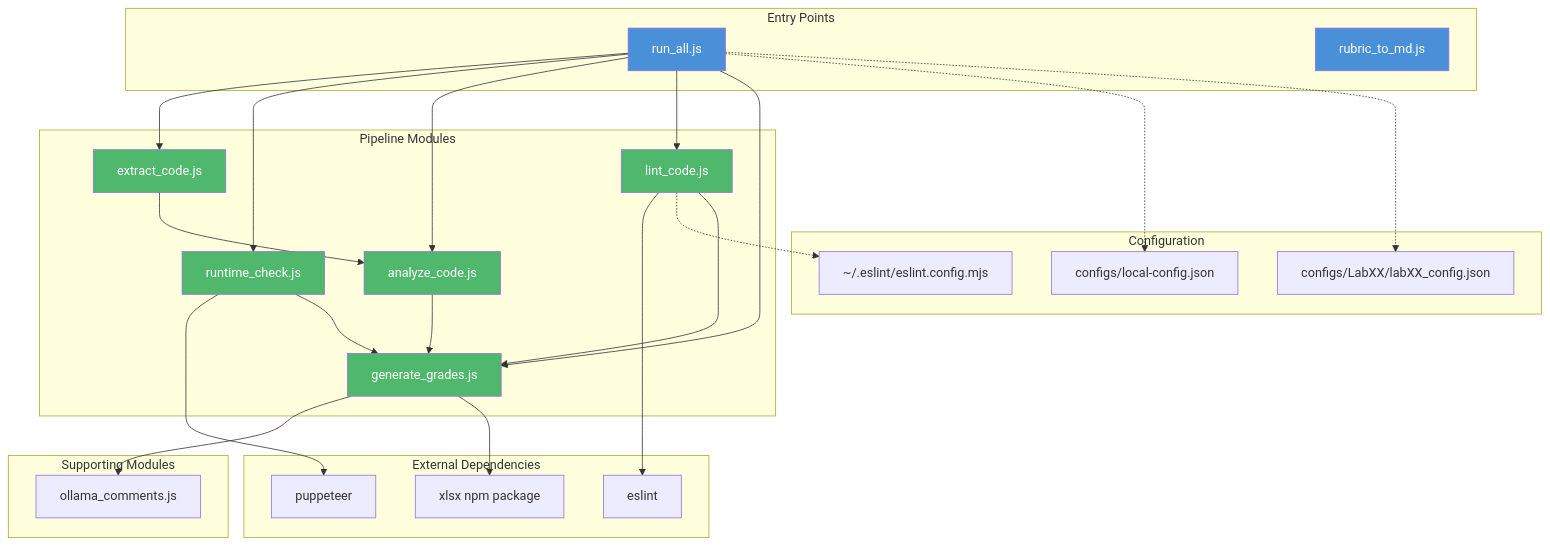
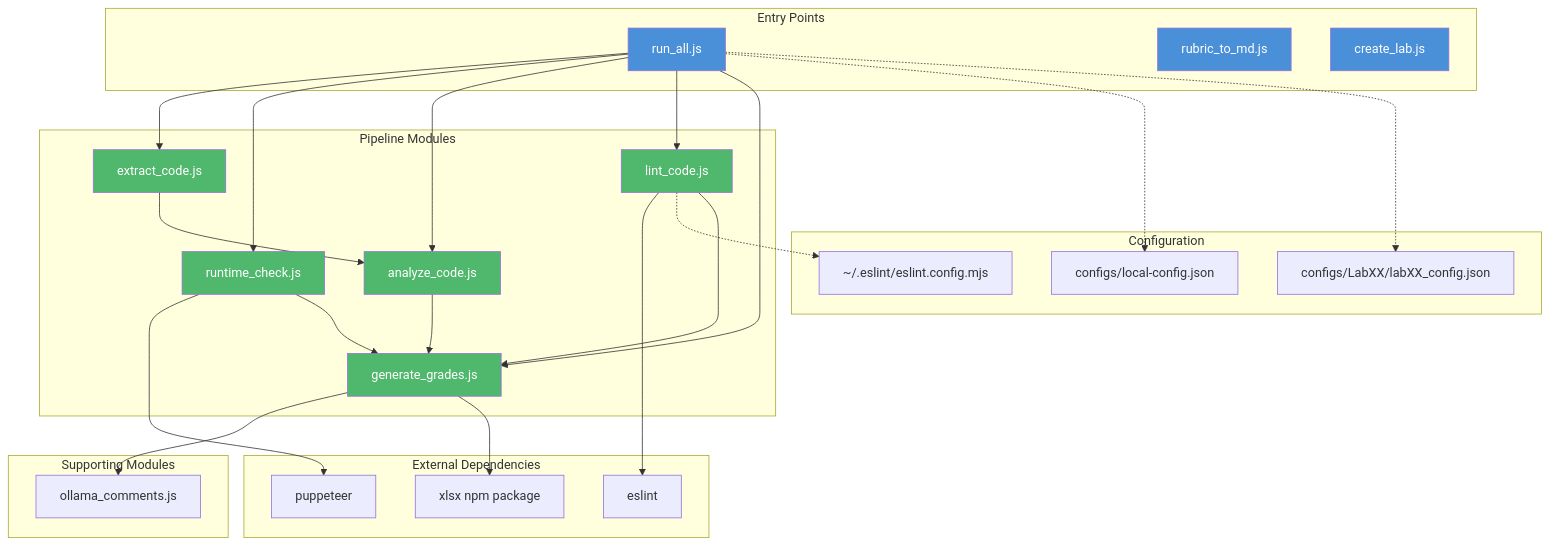
Before and after one commit to ProfBird/CS233JS-AI_Grading: the first of 4 diagrams in DEVELOPER_GUIDE.md, drawn with Mermaid. The commit also changed other lines of this file and 4 other files, not shown here.

````diff
--- a/DEVELOPER_GUIDE.md
+++ b/DEVELOPER_GUIDE.md
@@ -13,65 +13,67 @@
 ```mermaid
 graph TD
     subgraph "Entry Points"
         run_all[run_all.js]
         rubric_to_md[rubric_to_md.js]
+        create_lab[create_lab.js]
     end
 
     subgraph "Pipeline Modules"
         extract[extract_code.js]
         runtime[runtime_check.js]
         analyze[analyze_code.js]
         lint[lint_code.js]
         grades[generate_grades.js]
     end
 
     subgraph "Supporting Modules"
         ollama[ollama_comments.js]
     end
 
     subgraph "External Dependencies"
         puppeteer
         xlsx_npm[xlsx npm package]
         eslint
     end
 
     subgraph "Configuration"
         local_config[configs/local-config.json]
         lab_configs[configs/LabXX/labXX_config.json]
         eslint_config[~/.eslint/eslint.config.mjs]
     end
 
     %% Entry → Pipeline
     run_all --> extract
     run_all --> runtime
     run_all --> analyze
     run_all --> lint
     run_all --> grades
 
     %% Config loading
     run_all -.-> local_config
     run_all -.-> lab_configs
 
     %% Module internal deps
     grades --> ollama
 
     %% External deps
     runtime --> puppeteer
     grades --> xlsx_npm
     lint --> eslint
     lint -.-> eslint_config
 
     %% Data flow direction (for readability)
     extract --> analyze
     analyze --> grades
     runtime --> grades
     lint --> grades
 
     style run_all fill:#4a90d9,color:#fff
     style rubric_to_md fill:#4a90d9,color:#fff
+    style create_lab fill:#4a90d9,color:#fff
     style extract fill:#50b86c,color:#fff
     style runtime fill:#50b86c,color:#fff
     style analyze fill:#50b86c,color:#fff
     style lint fill:#50b86c,color:#fff
     style grades fill:#50b86c,color:#fff
 ```
````
